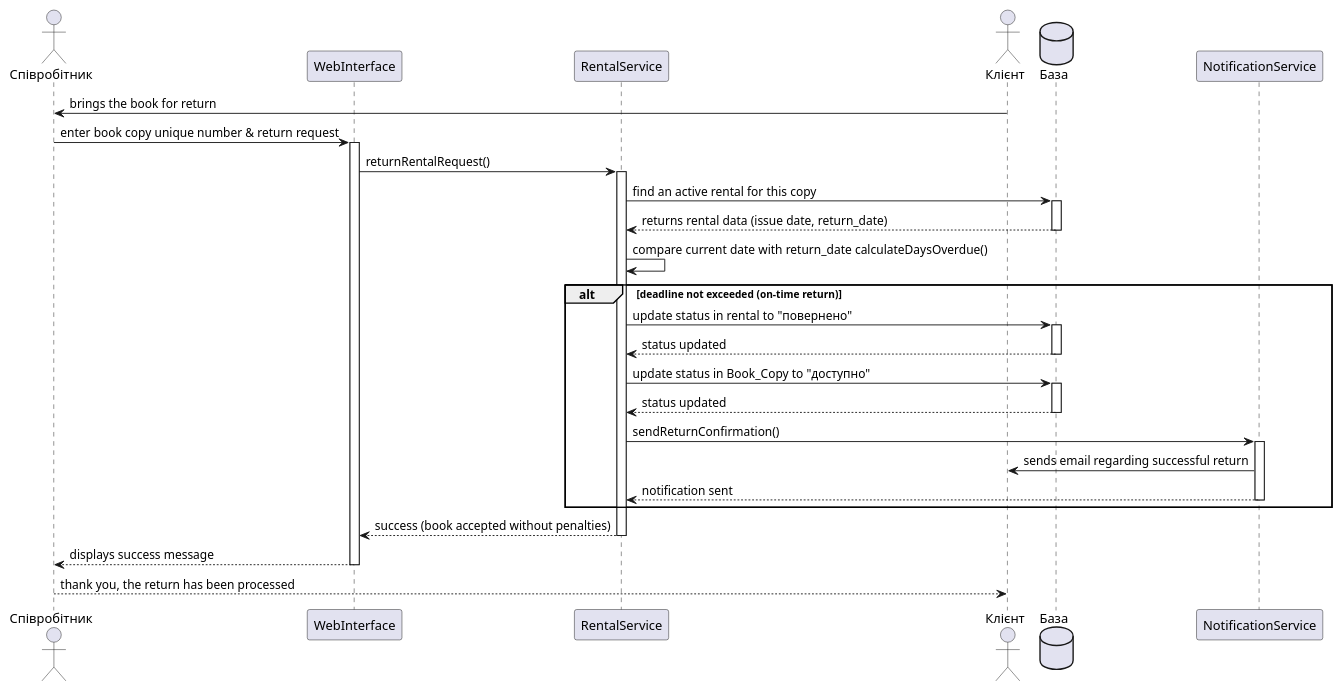
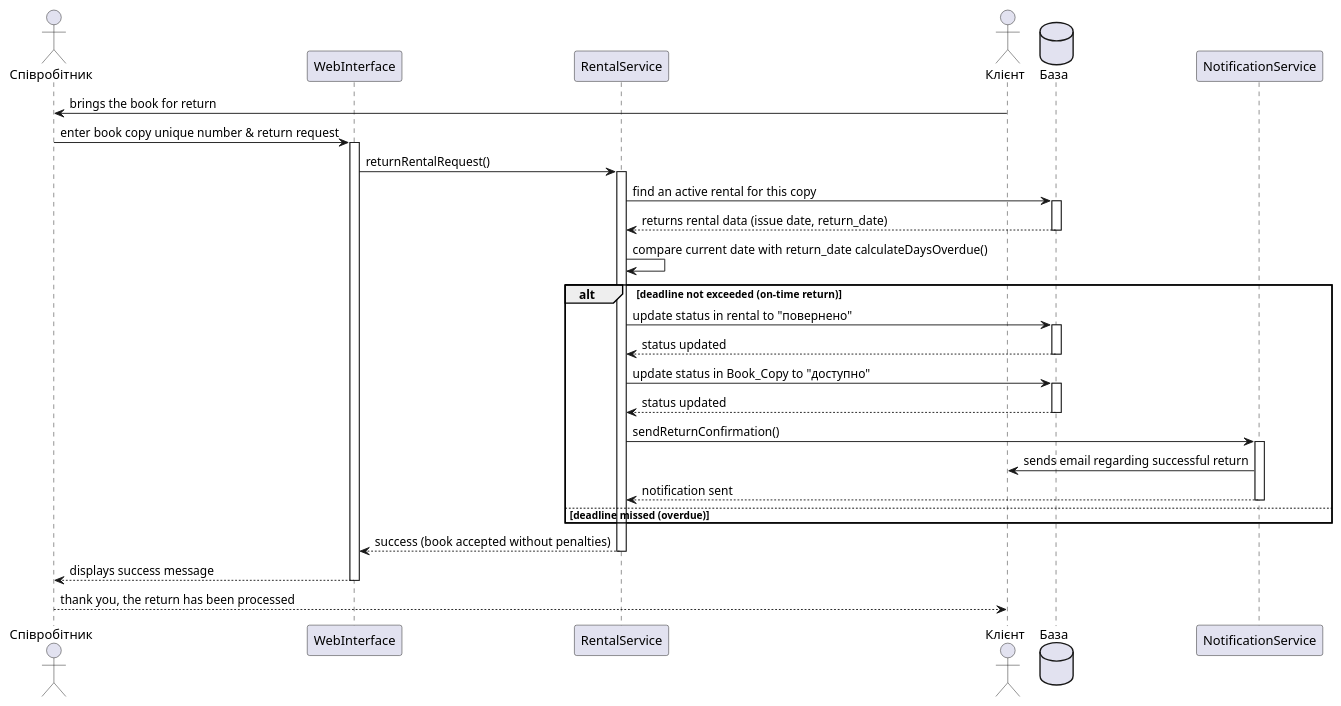
The third of 6 diagrams in task3/sequence.puml (sofiakiosova37-boop/bookshop_kpi2), drawn with PlantUML before and after one commit. The commit also changed other lines of this file, not shown here.

```diff
--- a/task3/sequence.puml
+++ b/task3/sequence.puml
@@ -87,29 +88,30 @@
 @startuml
 actor Співробітник as staff
 participant WebInterface as ui
 participant RentalService as service
 actor Клієнт as cus
 database База as DB
 participant NotificationService as notify
 
 cus -> staff: brings the book for return
 staff -> ui ++: enter book copy unique number & return request
 ui -> service ++: returnRentalRequest()
 service -> DB ++: find an active rental for this copy
 service <-- DB --: returns rental data (issue date, return_date)
 service -> service: compare current date with return_date calculateDaysOverdue() 
 
 alt deadline not exceeded (on-time return)
     service -> DB ++: update status in rental to "повернено"
     service <-- DB --: status updated
     service -> DB ++: update status in Book_Copy to "доступно"
     service <-- DB --: status updated
     service -> notify ++: sendReturnConfirmation()
     notify -> cus: sends email regarding successful return
     service <-- notify --: notification sent
+else deadline missed (overdue)
 end alt
 
 ui <-- service --: success (book accepted without penalties)
 staff <-- ui --: displays success message
 cus <-- staff: thank you, the return has been processed
 @enduml
```
